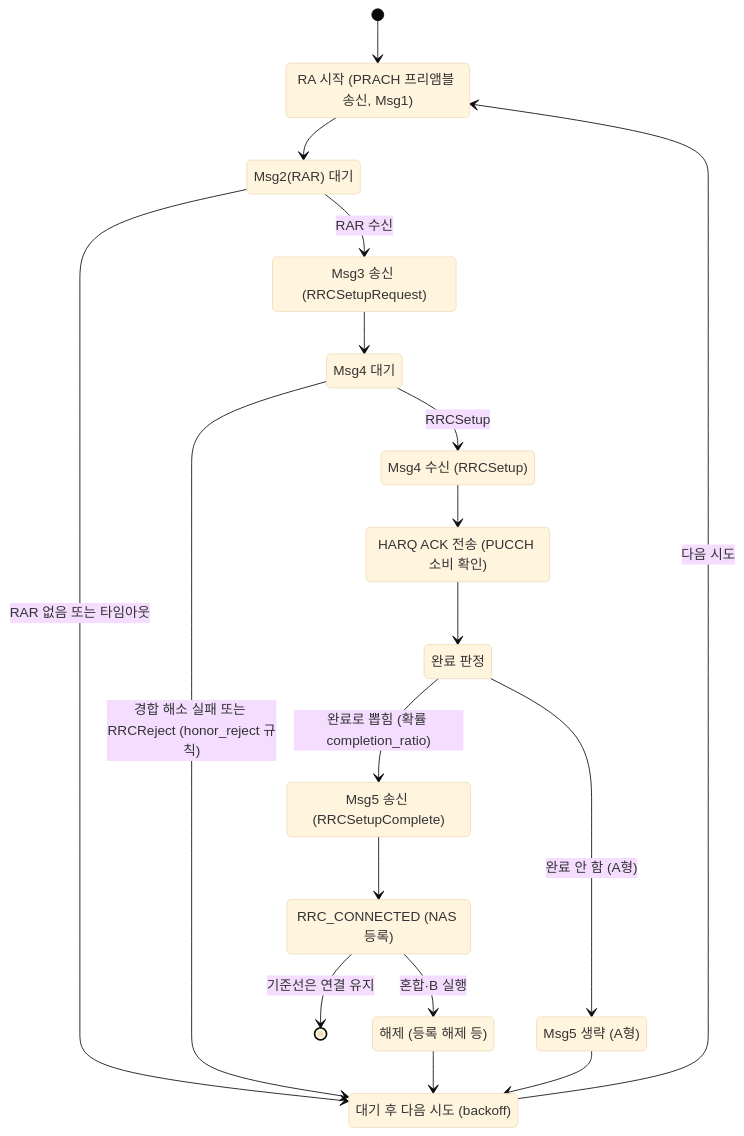
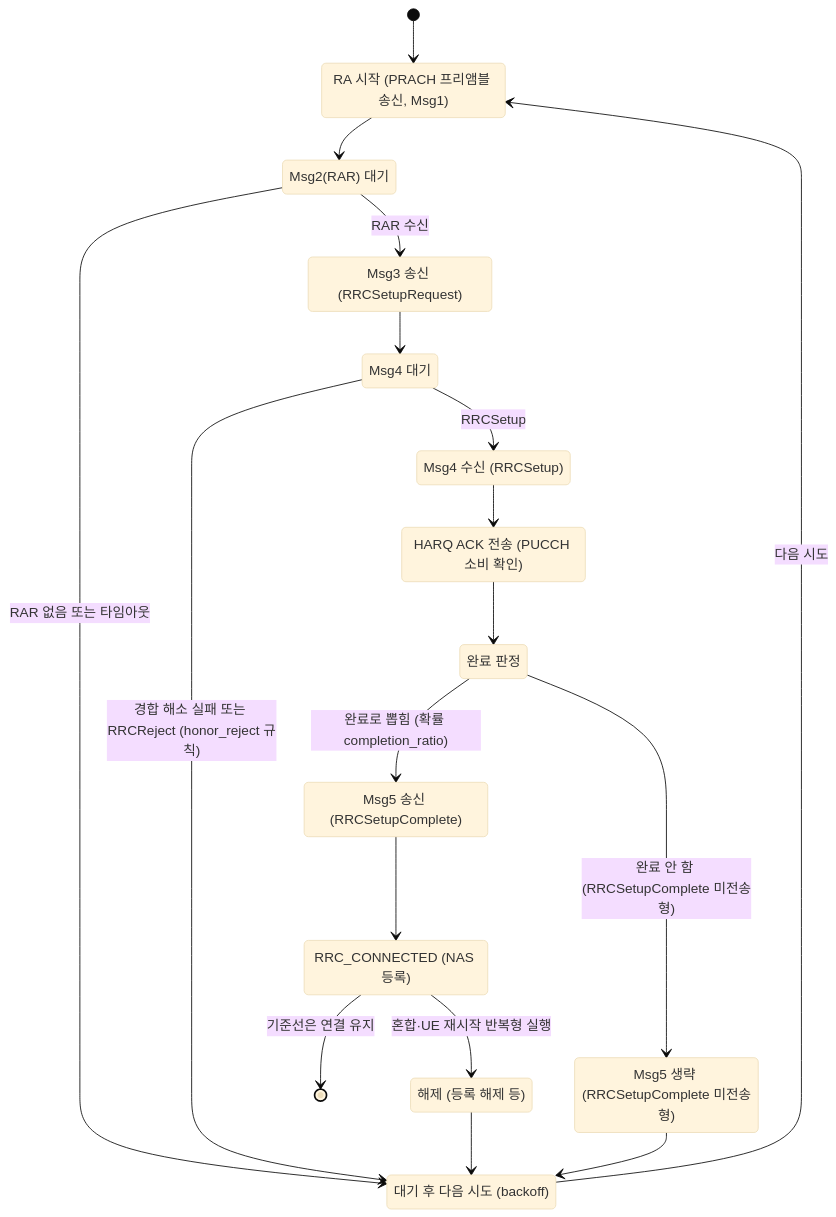
Before and after one commit to portranproject/ran-attack-reproducers: the second of 3 diagrams in design.md, drawn with Mermaid (base theme). The commit also changed other lines of this file and 115 other files, not shown here.

````diff
--- a/design.md
+++ b/design.md
@@ -141,32 +141,32 @@
 ```mermaid
 stateDiagram-v2
   state "RA 시작 (PRACH 프리앰블 송신, Msg1)" as RA
   state "Msg2(RAR) 대기" as M2
   state "Msg3 송신 (RRCSetupRequest)" as M3
   state "Msg4 대기" as M4W
   state "Msg4 수신 (RRCSetup)" as M4
   state "HARQ ACK 전송 (PUCCH 소비 확인)" as ACK
   state "완료 판정" as DEC
   state "Msg5 송신 (RRCSetupComplete)" as M5
-  state "Msg5 생략 (A형)" as SKIP
+  state "Msg5 생략 (RRCSetupComplete 미전송형)" as SKIP
   state "RRC_CONNECTED (NAS 등록)" as CONN
   state "해제 (등록 해제 등)" as REL
   state "대기 후 다음 시도 (backoff)" as BK
   [*] --> RA
   RA --> M2
   M2 --> M3: RAR 수신
   M2 --> BK: RAR 없음 또는 타임아웃
   M3 --> M4W
   M4W --> M4: RRCSetup
   M4W --> BK: 경합 해소 실패 또는 RRCReject (honor_reject 규칙)
   M4 --> ACK
   ACK --> DEC
   DEC --> M5: 완료로 뽑힘 (확률 completion_ratio)
-  DEC --> SKIP: 완료 안 함 (A형)
+  DEC --> SKIP: 완료 안 함 (RRCSetupComplete 미전송형)
   M5 --> CONN
   CONN --> [*]: 기준선은 연결 유지
-  CONN --> REL: 혼합·B 실행
+  CONN --> REL: 혼합·UE 재시작 반복형 실행
   REL --> BK
   SKIP --> BK
   BK --> RA: 다음 시도
 ```
````
